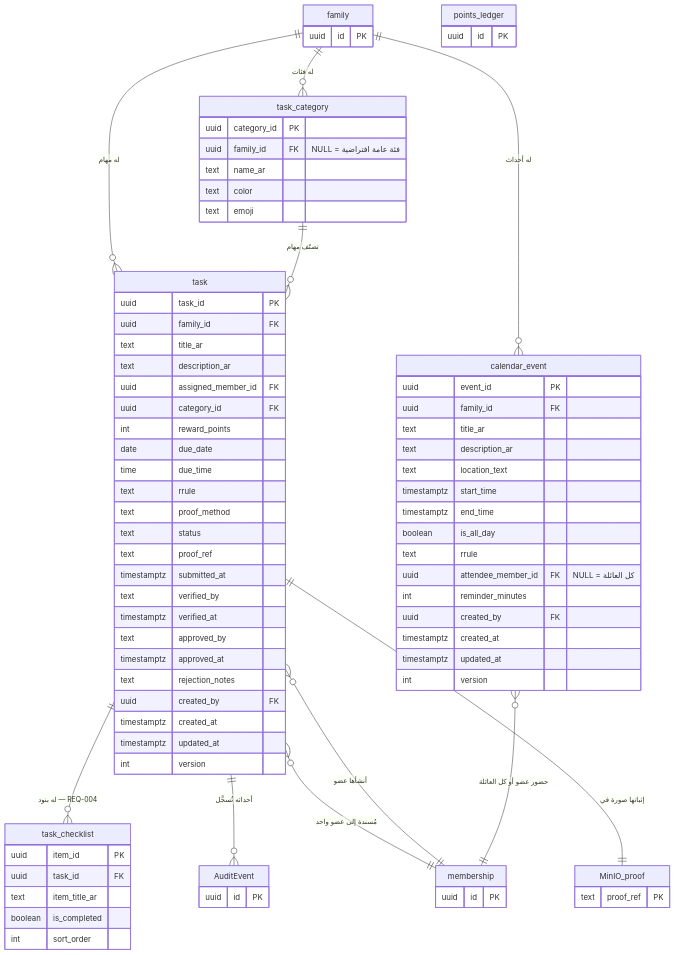
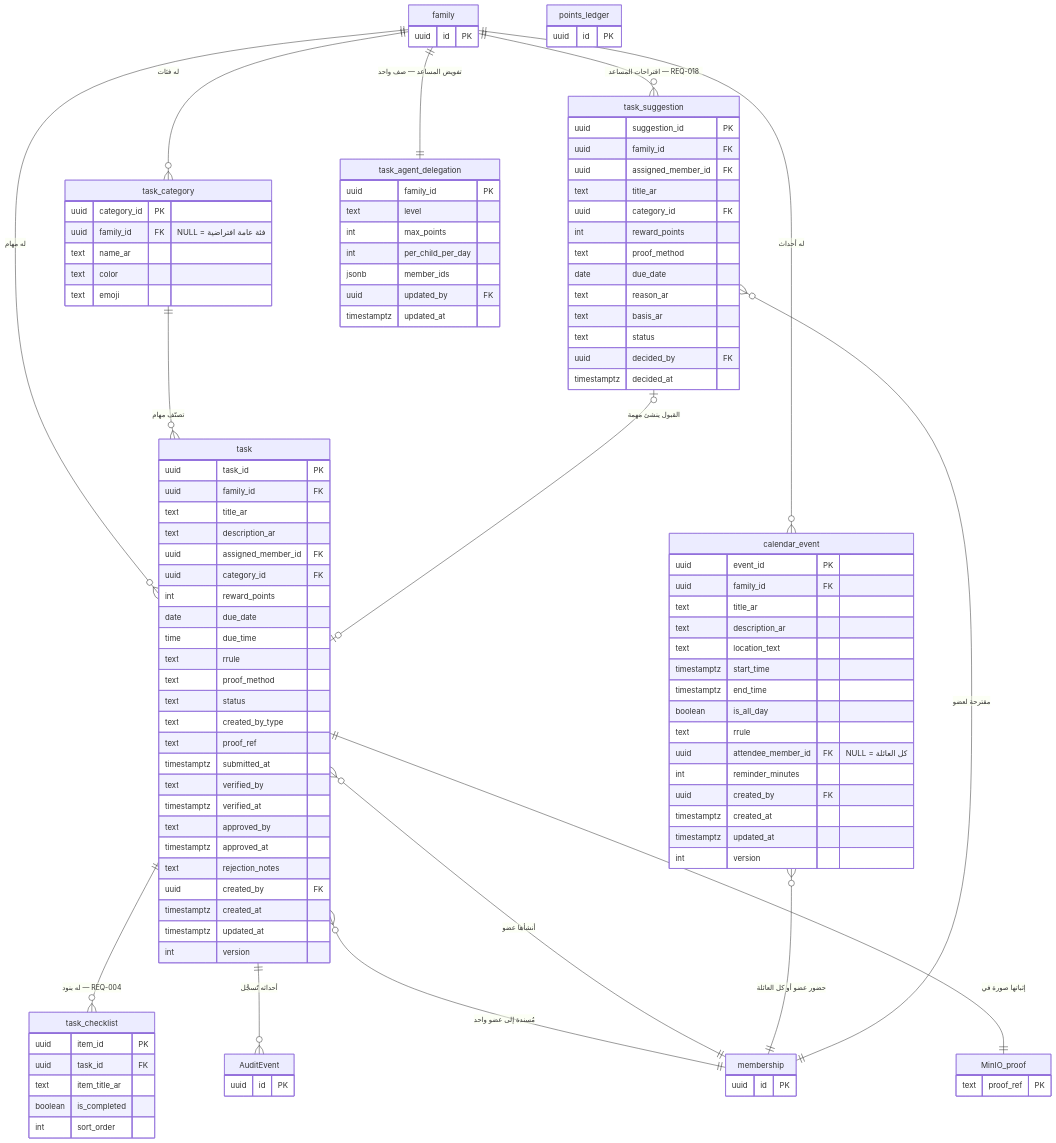
One commit to Bassam-mohammed-alqaeadi/family-os-v2 changed the second of 15 diagrams in docs/family-os/governance/phases/phase-1/S1-06-tasks-and-calendar/DIAGRAMS.md. Above: the diagram before and after it, drawn with Mermaid. The commit also changed other lines of this file and 22 other files, not shown here.

First line of the commit message:
docs(phase-1): redraw diagrams of the ten systems on the approved design (Q-428)

```diff
--- a/docs/family-os/governance/phases/phase-1/S1-06-tasks-and-calendar/DIAGRAMS.md
+++ b/docs/family-os/governance/phases/phase-1/S1-06-tasks-and-calendar/DIAGRAMS.md
@@ -96,6 +111,10 @@
     task }o--|| membership : "أنشأها عضو"
     calendar_event }o--|| membership : "حضور عضو أو كل العائلة"
     task ||--|| MinIO_proof : "إثباتها صورة في"
+    family ||--o{ task_suggestion : "اقتراحات المساعد — REQ-018"
+    family ||--|| task_agent_delegation : "تفويض المساعد — صف واحد"
+    task_suggestion }o--|| membership : "مقترحة لعضو"
+    task_suggestion |o--o| task : "القبول ينشئ مهمة"
 
     task {
         uuid task_id PK
@@ -110,6 +129,7 @@
         text rrule
         text proof_method
         text status
+        text created_by_type
         text proof_ref
         timestamptz submitted_at
         text verified_by
@@ -163,6 +183,30 @@
     points_ledger {
         uuid id PK
     }
+    task_suggestion {
+        uuid suggestion_id PK
+        uuid family_id FK
+        uuid assigned_member_id FK
+        text title_ar
+        uuid category_id FK
+        int reward_points
+        text proof_method
+        date due_date
+        text reason_ar
+        text basis_ar
+        text status
+        uuid decided_by FK
+        timestamptz decided_at
+    }
+    task_agent_delegation {
+        uuid family_id PK
+        text level
+        int max_points
+        int per_child_per_day
+        jsonb member_ids
+        uuid updated_by FK
+        timestamptz updated_at
+    }
     AuditEvent {
         uuid id PK
     }
```
